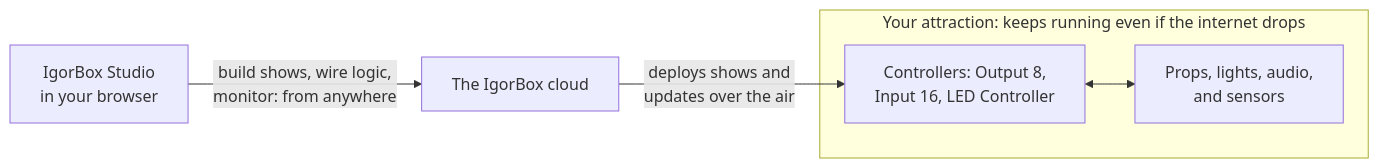
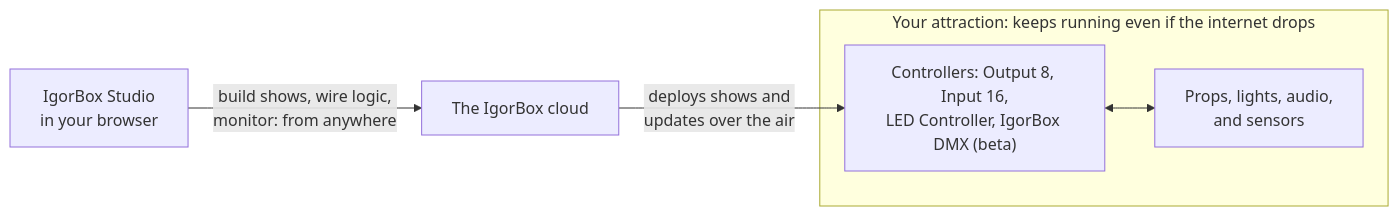
Before and after one commit to RisingOrchards/igorbox_support: the diagram in docs/intro.md, drawn with Mermaid. The commit also changed other lines of this file and 4 other files, not shown here.

````diff
--- a/docs/intro.md
+++ b/docs/intro.md
@@ -12,8 +12,8 @@
 ```mermaid
 flowchart LR
     STUDIO["IgorBox Studio<br/>in your browser"] -- "build shows, wire logic,<br/>monitor: from anywhere" --> CLOUD["The IgorBox cloud"]
     CLOUD -- "deploys shows and<br/>updates over the air" --> BOXES
     subgraph SITE["Your attraction: keeps running even if the internet drops"]
-        BOXES["Controllers: Output 8,<br/>Input 16, LED Controller"] <--> STUFF["Props, lights, audio,<br/>and sensors"]
+        BOXES["Controllers: Output 8, Input 16,<br/>LED Controller, IgorBox DMX (beta)"] <--> STUFF["Props, lights, audio,<br/>and sensors"]
     end
 ```
````
